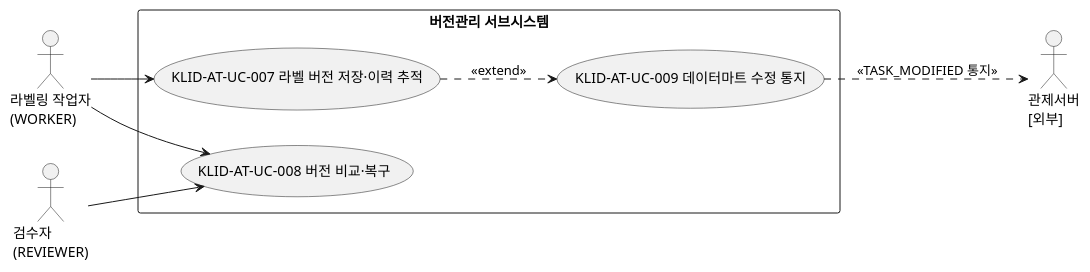
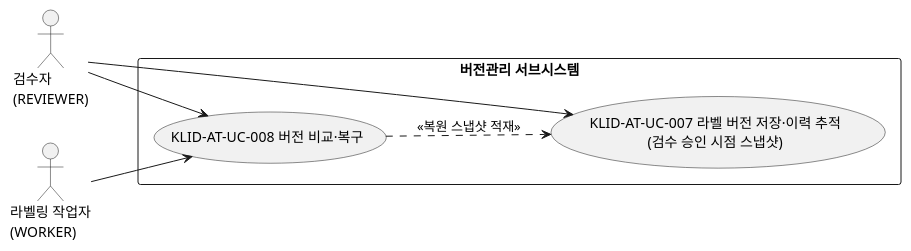
Before and after one commit to New-stella/klid-label: the third of 6 diagrams in docs/design/R2-유스케이스명세서.md, drawn with PlantUML. The commit also changed other lines of this file and 36 other files, not shown here.

````diff
--- a/docs/design/R2-유스케이스명세서.md
+++ b/docs/design/R2-유스케이스명세서.md
@@ -103,20 +103,17 @@
 ```plantuml
 @startuml
 left to right direction
+actor "검수자\n(REVIEWER)" as REVIEWER
 actor "라벨링 작업자\n(WORKER)" as WORKER
-actor "검수자\n(REVIEWER)" as REVIEWER
-actor "관제서버\n[외부]" as CONTROL
 
 rectangle "버전관리 서브시스템" {
-  usecase "KLID-AT-UC-007 라벨 버전 저장·이력 추적" as UC007
+  usecase "KLID-AT-UC-007 라벨 버전 저장·이력 추적\n(검수 승인 시점 스냅샷)" as UC007
   usecase "KLID-AT-UC-008 버전 비교·복구" as UC008
-  usecase "KLID-AT-UC-009 데이터마트 수정 통지" as UC009
 }
 
-WORKER --> UC007
+REVIEWER --> UC007
 REVIEWER --> UC008
 WORKER --> UC008
-UC009 ..> CONTROL : <<TASK_MODIFIED 통지>>
-UC007 ..> UC009 : <<extend>>
+UC008 ..> UC007 : <<복원 스냅샷 적재>>
 @enduml
 ```
````
